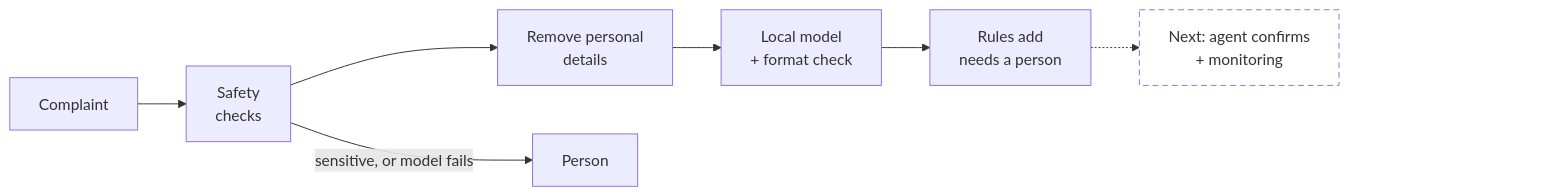
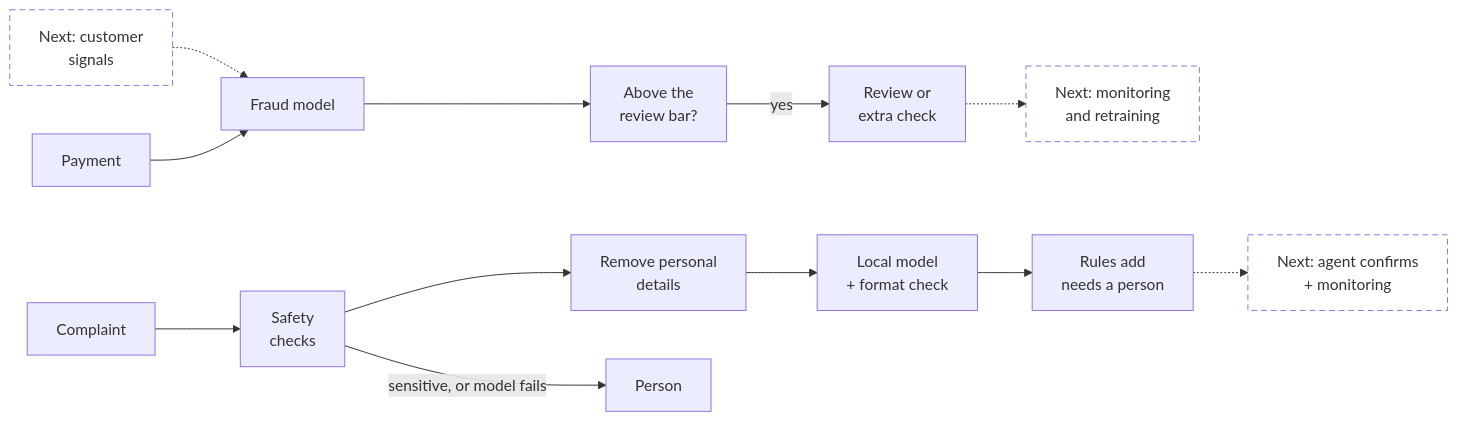
One commit to Ghalibblch786/pay-guard changed the diagram in README.md. Above: the diagram before and after it, drawn with Mermaid. The commit also changed other lines of this file and 2 other files, not shown here.

First line of the commit message:
Tighten README: stage 1 request, done and next, fraud production steps

````diff
--- a/README.md
+++ b/README.md
@@ -26,8 +28,10 @@
 ```mermaid
 flowchart LR
+  H[Next: customer<br>signals]:::next -.-> M
+  P[Payment] --> M[Fraud model] --> R[Above the<br>review bar?] -->|yes| A[Review or<br>extra check] -.-> F[Next: monitoring<br>and retraining]:::next
+  F ~~~ Z["&nbsp;&nbsp;&nbsp;&nbsp;&nbsp;&nbsp;&nbsp;&nbsp;&nbsp;&nbsp;&nbsp;&nbsp;&nbsp;&nbsp;&nbsp;&nbsp;&nbsp;&nbsp;&nbsp;&nbsp;&nbsp;&nbsp;&nbsp;&nbsp;"]:::pad
   C[Complaint] --> S[Safety<br>checks] --> RD[Remove personal<br>details] --> L[Local model<br>+ format check] --> G[Rules add<br>needs a person] -.-> UI[Next: agent confirms<br>+ monitoring]:::next
-  UI ~~~ Z["&nbsp;&nbsp;&nbsp;&nbsp;&nbsp;&nbsp;&nbsp;&nbsp;&nbsp;&nbsp;&nbsp;&nbsp;&nbsp;&nbsp;&nbsp;&nbsp;&nbsp;&nbsp;&nbsp;&nbsp;&nbsp;&nbsp;&nbsp;&nbsp;"]:::pad
   S -->|sensitive, or model fails| HU[Person]
   classDef next stroke-dasharray:6 4,fill:transparent;
   classDef pad fill:transparent,stroke:transparent;
 ```
````
